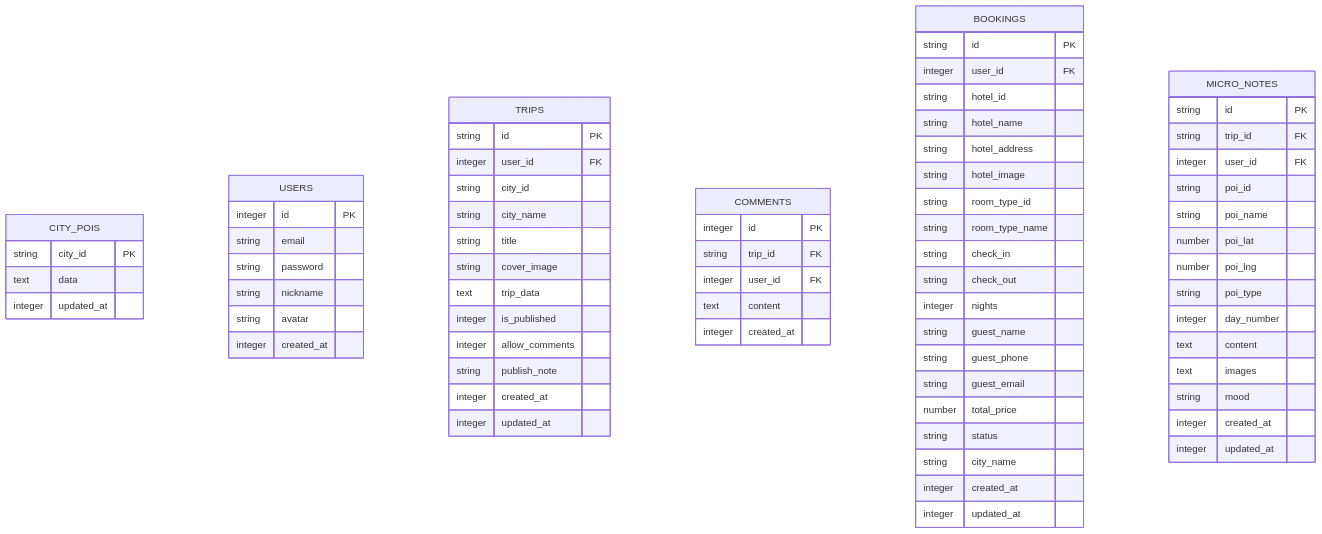
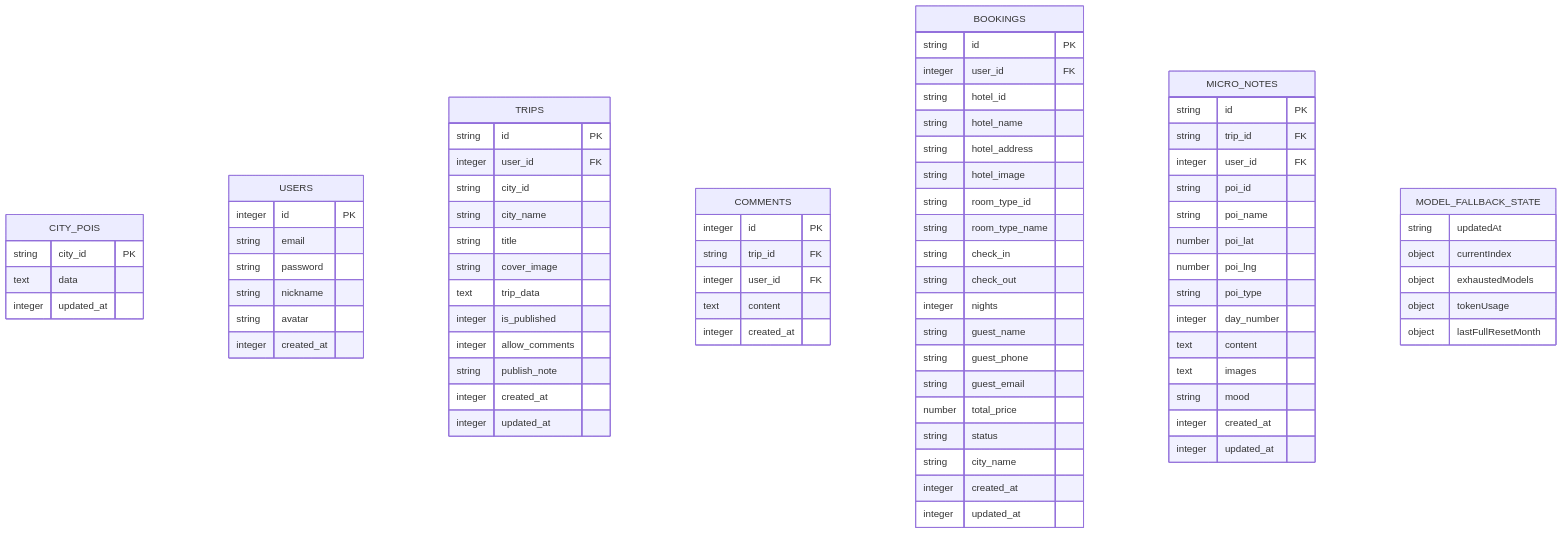
Before and after one commit to ititjjy/AITrip-plan: the third of 13 diagrams in .qoder/repowiki/zh/content/AI数据采集系统/AI数据采集系统.md, drawn with Mermaid. The commit also changed other lines of this file and 17 other files, not shown here.

````diff
--- a/.qoder/repowiki/zh/content/AI数据采集系统/AI数据采集系统.md
+++ b/.qoder/repowiki/zh/content/AI数据采集系统/AI数据采集系统.md
@@ -203,74 +225,81 @@
 ```mermaid
 erDiagram
 CITY_POIS {
 string city_id PK
 text data
 integer updated_at
 }
 USERS {
 integer id PK
 string email
 string password
 string nickname
 string avatar
 integer created_at
 }
 TRIPS {
 string id PK
 integer user_id FK
 string city_id
 string city_name
 string title
 string cover_image
 text trip_data
 integer is_published
 integer allow_comments
 string publish_note
 integer created_at
 integer updated_at
 }
 COMMENTS {
 integer id PK
 string trip_id FK
 integer user_id FK
 text content
 integer created_at
 }
 BOOKINGS {
 string id PK
 integer user_id FK
 string hotel_id
 string hotel_name
 string hotel_address
 string hotel_image
 string room_type_id
 string room_type_name
 string check_in
 string check_out
 integer nights
 string guest_name
 string guest_phone
 string guest_email
 number total_price
 string status
 string city_name
 integer created_at
 integer updated_at
 }
 MICRO_NOTES {
 string id PK
 string trip_id FK
 integer user_id FK
 string poi_id
 string poi_name
 number poi_lat
 number poi_lng
 string poi_type
 integer day_number
 text content
 text images
 string mood
 integer created_at
 integer updated_at
 }
+MODEL_FALLBACK_STATE {
+string updatedAt
+object currentIndex
+object exhaustedModels
+object tokenUsage
+object lastFullResetMonth
+}
 ```
````
